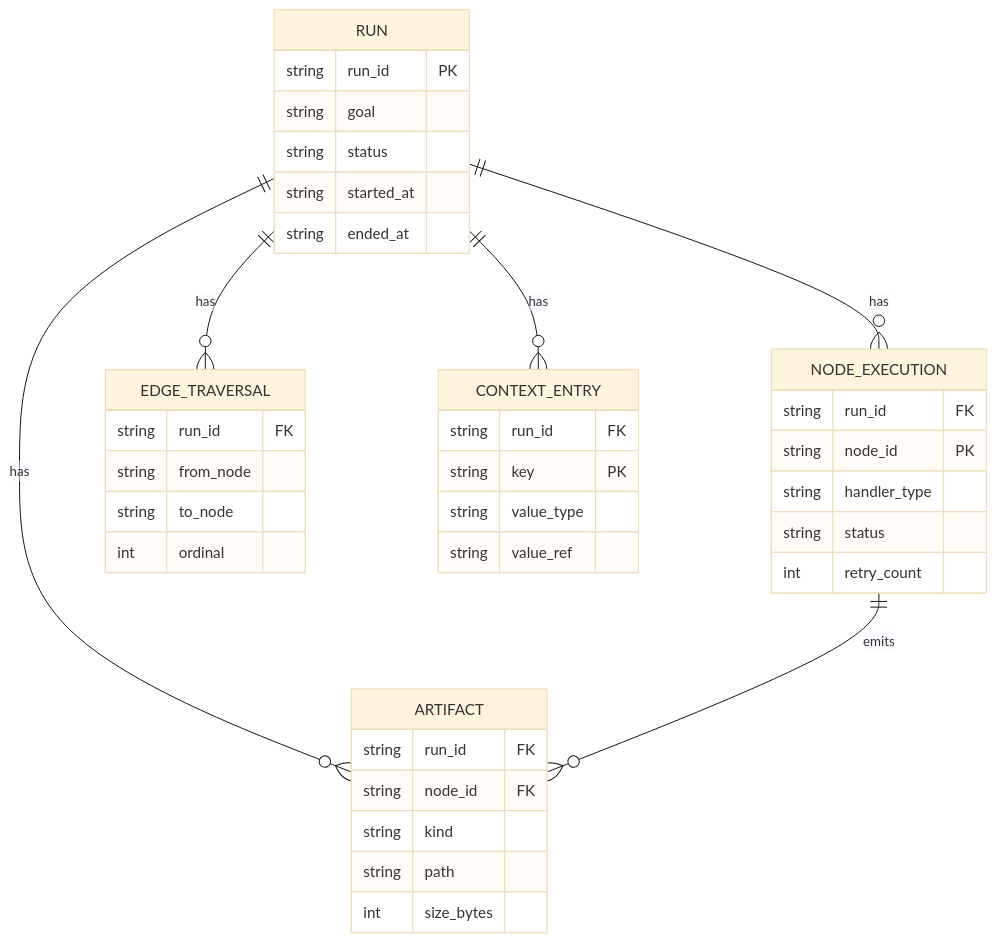
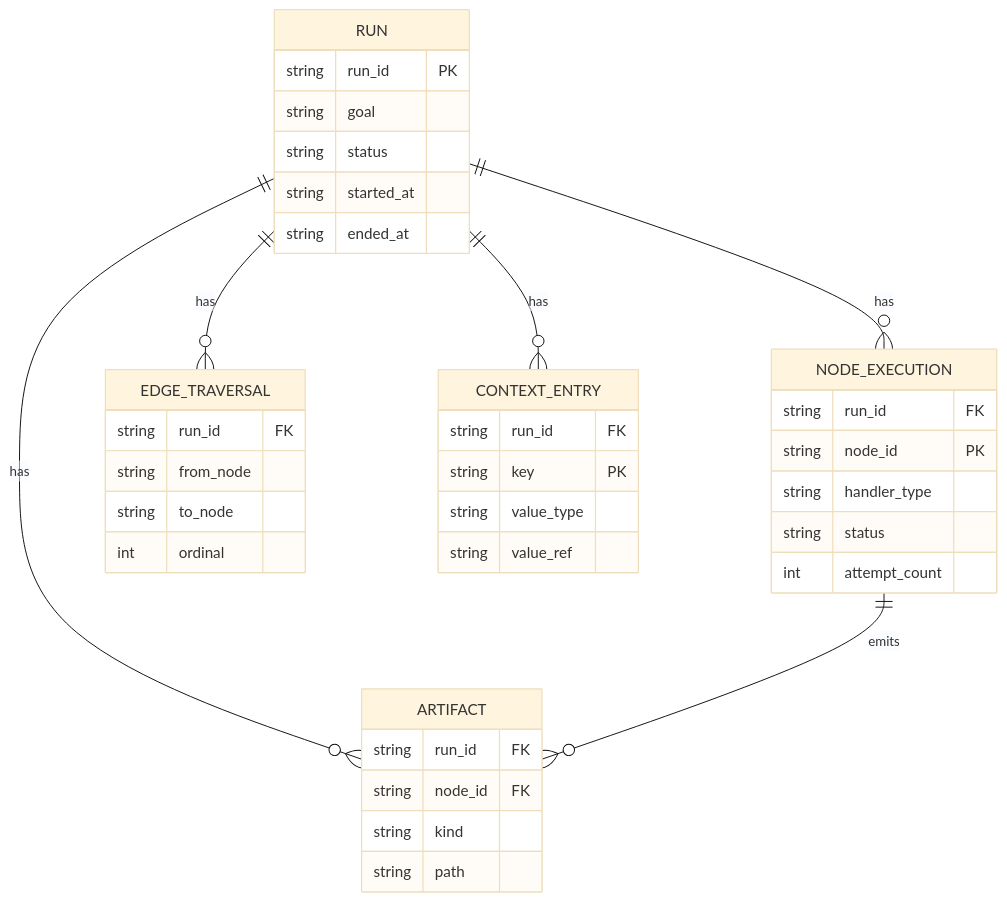
The second of 5 diagrams in docs/sprints/SPRINT-001-implementation-plan.md (jaytaylor/attractor-php), drawn with Mermaid (base theme) before and after one commit. The commit also changed other lines of this file and 1 other file, not shown here.

````diff
--- a/docs/sprints/SPRINT-001-implementation-plan.md
+++ b/docs/sprints/SPRINT-001-implementation-plan.md
@@ -397,41 +598,45 @@
 ```mermaid
 erDiagram
   RUN {
     string run_id PK
     string goal
     string status
     string started_at
     string ended_at
   }
+
   NODE_EXECUTION {
     string run_id FK
     string node_id PK
     string handler_type
     string status
-    int retry_count
+    int attempt_count
   }
+
   EDGE_TRAVERSAL {
     string run_id FK
     string from_node
     string to_node
     int ordinal
   }
+
   ARTIFACT {
     string run_id FK
     string node_id FK
     string kind
     string path
-    int size_bytes
   }
+
   CONTEXT_ENTRY {
     string run_id FK
     string key PK
     string value_type
     string value_ref
   }
+
   RUN ||--o{ NODE_EXECUTION : has
   RUN ||--o{ EDGE_TRAVERSAL : has
   RUN ||--o{ ARTIFACT : has
   RUN ||--o{ CONTEXT_ENTRY : has
   NODE_EXECUTION ||--o{ ARTIFACT : emits
 ```
````
